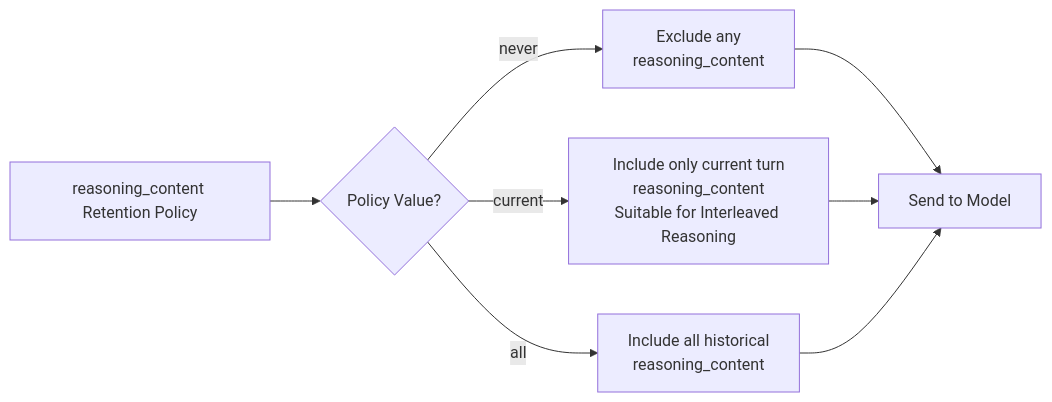
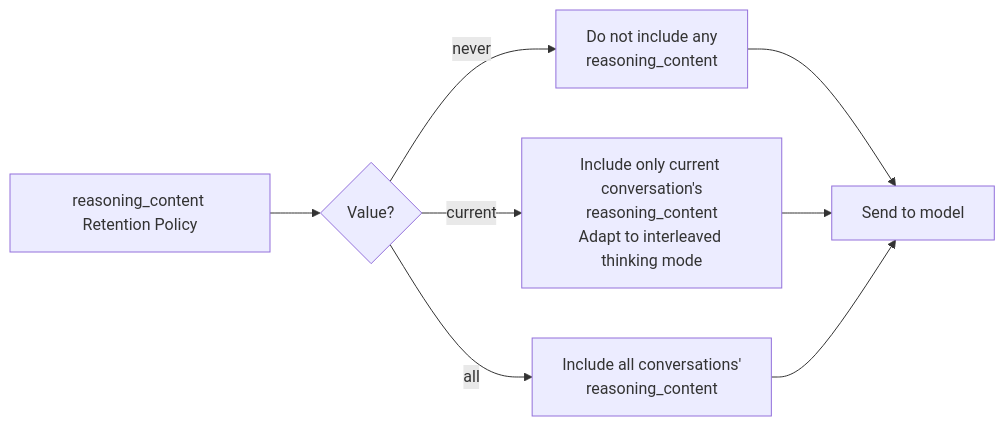
The diagram in docs/en/adavance-guide/openai-compatible.md (TBice123123/langchain-dev-utils), drawn with Mermaid before and after one commit. The commit also changed other lines of this file and 2 other files, not shown here.

````diff
--- a/docs/en/adavance-guide/openai-compatible.md
+++ b/docs/en/adavance-guide/openai-compatible.md
@@ -222,10 +407,10 @@
     ```mermaid
     graph LR
-        A[reasoning_content Retention Policy] --> B{Policy Value?};
-        B -->|never| C[Exclude any<br>reasoning_content];
-        B -->|current| D[Include only current turn<br>reasoning_content<br>Suitable for Interleaved Reasoning];
-        B -->|all| E[Include all historical<br>reasoning_content];
-        C --> F[Send to Model];
+        A[reasoning_content Retention Policy] --> B{Value?};
+        B -->|never| C[Do not include any<br>reasoning_content];
+        B -->|current| D[Include only current conversation's<br>reasoning_content<br>Adapt to interleaved thinking mode];
+        B -->|all| E[Include all conversations'<br>reasoning_content];
+        C --> F[Send to model];
         D --> F;
         E --> F;
     ```
````
